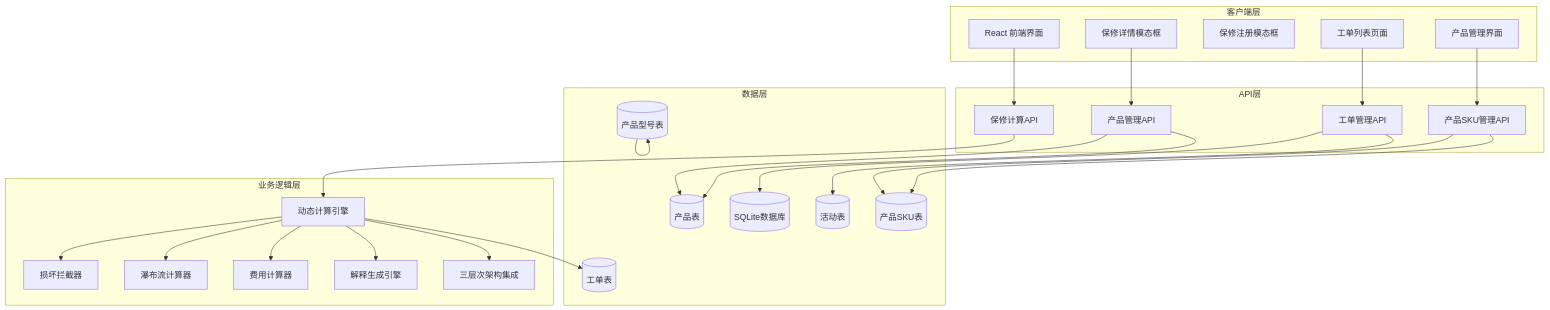
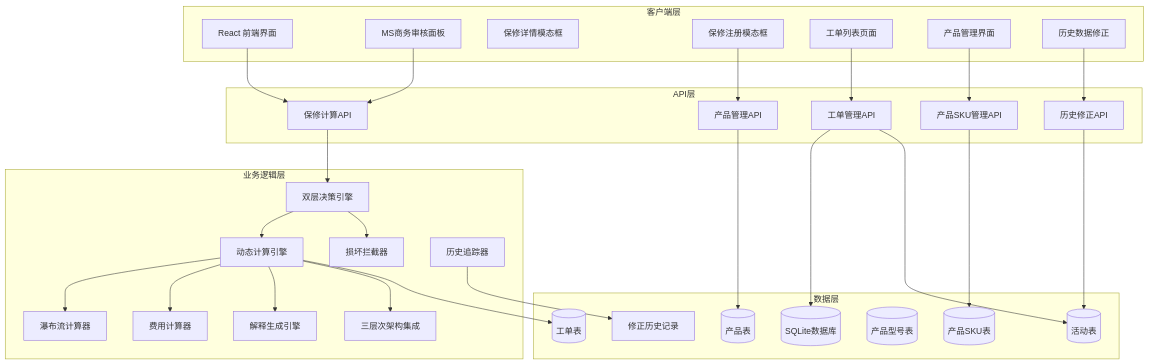
Before and after one commit to CubeEdge/Longhorn: the first of 8 diagrams in .qoder/repowiki/zh/content/前端组件架构/服务工作流增强/保修管理系统.md, drawn with Mermaid. The commit also changed other lines of this file and 47 other files, not shown here.

````diff
--- a/.qoder/repowiki/zh/content/前端组件架构/服务工作流增强/保修管理系统.md
+++ b/.qoder/repowiki/zh/content/前端组件架构/服务工作流增强/保修管理系统.md
@@ -59,50 +64,58 @@
 ```mermaid
 graph TB
 subgraph "客户端层"
 UI[React 前端界面]
-Modal[保修详情模态框]
+MSReviewPanel[MS商务审核面板]
+WarrantyDetailModal[保修详情模态框]
 Registration[保修注册模态框]
 List[工单列表页面]
 ProductManagement[产品管理界面]
+HistoryCorrection[历史数据修正]
 end
 subgraph "API层"
 WarrantyAPI[保修计算API]
 ProductAPI[产品管理API]
 TicketAPI[工单管理API]
 ProductSKUAPI[产品SKU管理API]
+HistoryAPI[历史修正API]
 end
 subgraph "业务逻辑层"
+DualLayerEngine[双层决策引擎]
 DynamicEngine[动态计算引擎]
 DamageInterceptor[损坏拦截器]
 WaterfallCalculator[瀑布流计算器]
 CostCalculator[费用计算器]
 ExplanationEngine[解释生成引擎]
 ThreeTierIntegration[三层次架构集成]
+HistoryTracker[历史追踪器]
 end
 subgraph "数据层"
 SQLite[(SQLite数据库)]
 WarrantyTable[(工单表)]
 ProductTable[(产品表)]
 ProductSKU[(产品SKU表)]
 ProductModel[(产品型号表)]
 ActivityTable[(活动表)]
+CorrectionHistory[修正历史记录]
 end
 UI --> WarrantyAPI
-Modal --> ProductAPI
+MSReviewPanel --> WarrantyAPI
+Registration --> ProductAPI
 List --> TicketAPI
 ProductManagement --> ProductSKUAPI
-WarrantyAPI --> DynamicEngine
+HistoryCorrection --> HistoryAPI
+WarrantyAPI --> DualLayerEngine
 ProductAPI --> ProductTable
 TicketAPI --> SQLite
 ProductSKUAPI --> ProductSKU
-DynamicEngine --> DamageInterceptor
+HistoryAPI --> ActivityTable
+DualLayerEngine --> DynamicEngine
+DualLayerEngine --> DamageInterceptor
 DynamicEngine --> WaterfallCalculator
 DynamicEngine --> CostCalculator
 DynamicEngine --> ExplanationEngine
 DynamicEngine --> ThreeTierIntegration
 DynamicEngine --> WarrantyTable
-ProductAPI --> ProductTable
-ProductSKUAPI --> ProductSKU
-ProductModel --> ProductModel
+HistoryTracker --> CorrectionHistory
 TicketAPI --> ActivityTable
 ```
````
